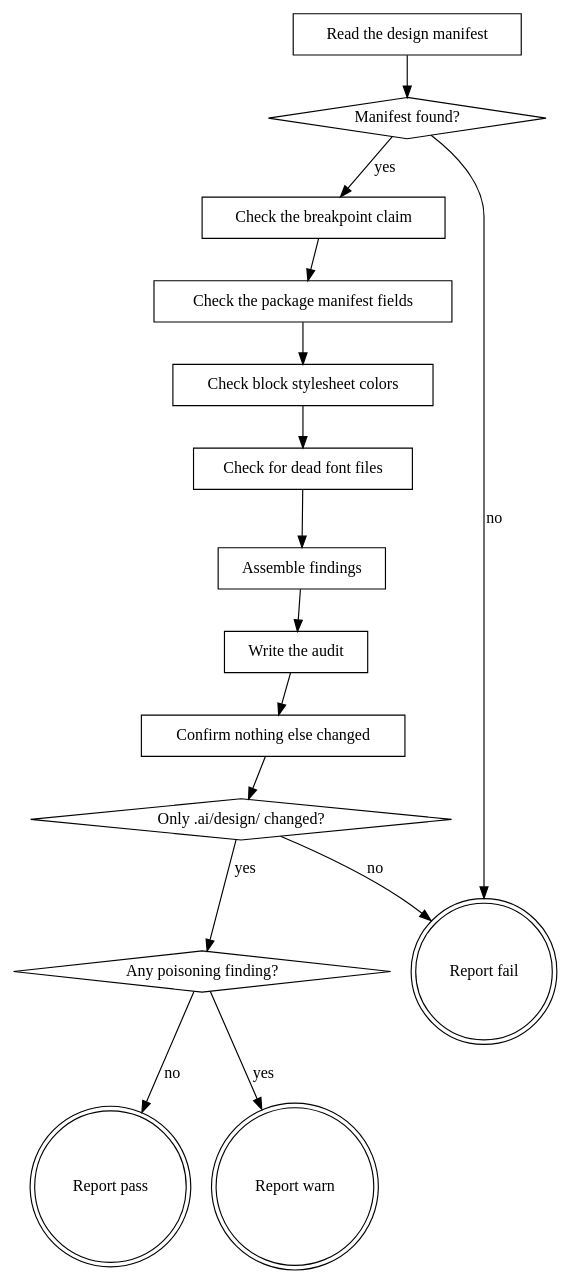
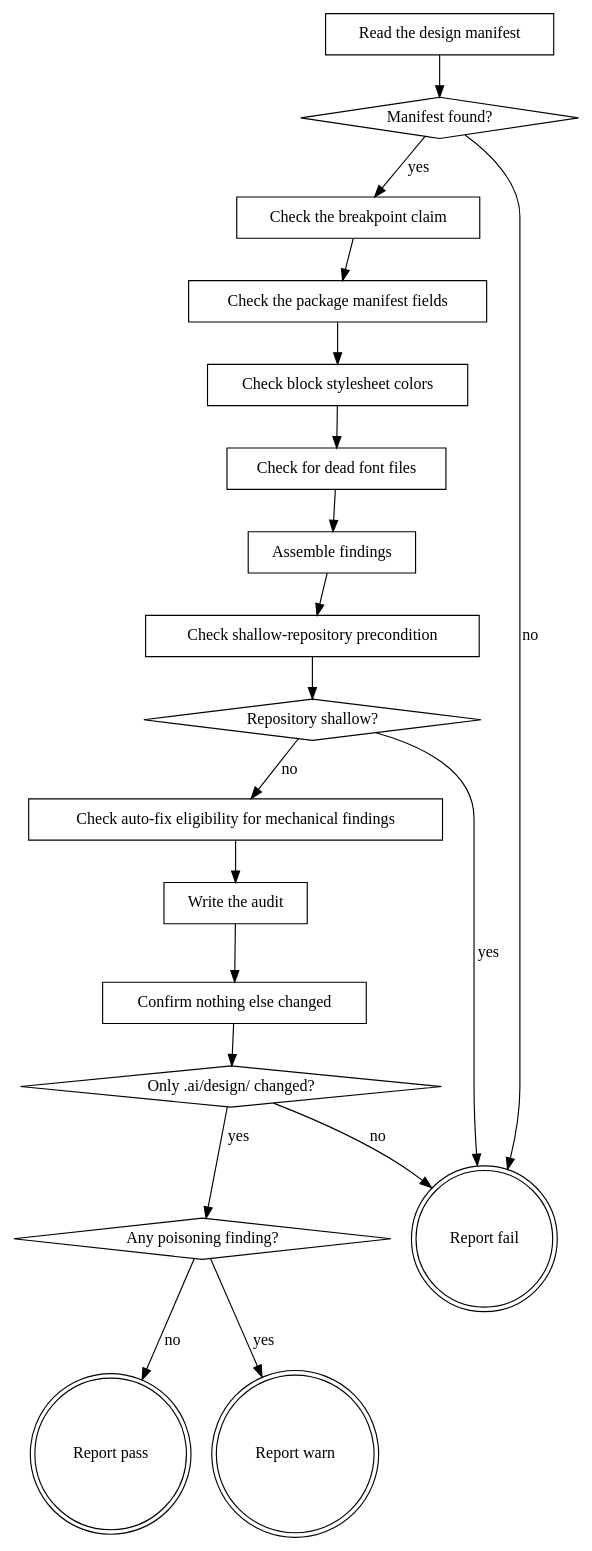
Before and after one commit to agenticDraft/aem-eds-ai-workflow-demo: the diagram in plugins/eds/skills/eds-audit-design-system/SKILL.md, drawn with Graphviz. The commit also changed other lines of this file and 5 other files, not shown here.

````diff
--- a/plugins/eds/skills/eds-audit-design-system/SKILL.md
+++ b/plugins/eds/skills/eds-audit-design-system/SKILL.md
@@ -34,33 +34,40 @@
 ```dot
 digraph eds_audit_design_system {
     "Read the design manifest" [shape=box];
     "Manifest found?" [shape=diamond];
     "Check the breakpoint claim" [shape=box];
     "Check the package manifest fields" [shape=box];
     "Check block stylesheet colors" [shape=box];
     "Check for dead font files" [shape=box];
     "Assemble findings" [shape=box];
+    "Check shallow-repository precondition" [shape=box];
+    "Repository shallow?" [shape=diamond];
+    "Check auto-fix eligibility for mechanical findings" [shape=box];
     "Write the audit" [shape=box];
     "Confirm nothing else changed" [shape=box];
     "Only .ai/design/ changed?" [shape=diamond];
     "Any poisoning finding?" [shape=diamond];
     "Report pass" [shape=doublecircle];
     "Report warn" [shape=doublecircle];
     "Report fail" [shape=doublecircle];
 
     "Read the design manifest" -> "Manifest found?";
     "Manifest found?" -> "Check the breakpoint claim" [label="yes"];
     "Manifest found?" -> "Report fail" [label="no"];
     "Check the breakpoint claim" -> "Check the package manifest fields";
     "Check the package manifest fields" -> "Check block stylesheet colors";
     "Check block stylesheet colors" -> "Check for dead font files";
     "Check for dead font files" -> "Assemble findings";
-    "Assemble findings" -> "Write the audit";
+    "Assemble findings" -> "Check shallow-repository precondition";
+    "Check shallow-repository precondition" -> "Repository shallow?";
+    "Repository shallow?" -> "Report fail" [label="yes"];
+    "Repository shallow?" -> "Check auto-fix eligibility for mechanical findings" [label="no"];
+    "Check auto-fix eligibility for mechanical findings" -> "Write the audit";
     "Write the audit" -> "Confirm nothing else changed";
     "Confirm nothing else changed" -> "Only .ai/design/ changed?";
     "Only .ai/design/ changed?" -> "Any poisoning finding?" [label="yes"];
     "Only .ai/design/ changed?" -> "Report fail" [label="no"];
     "Any poisoning finding?" -> "Report warn" [label="yes"];
     "Any poisoning finding?" -> "Report pass" [label="no"];
 }
 ```
````
